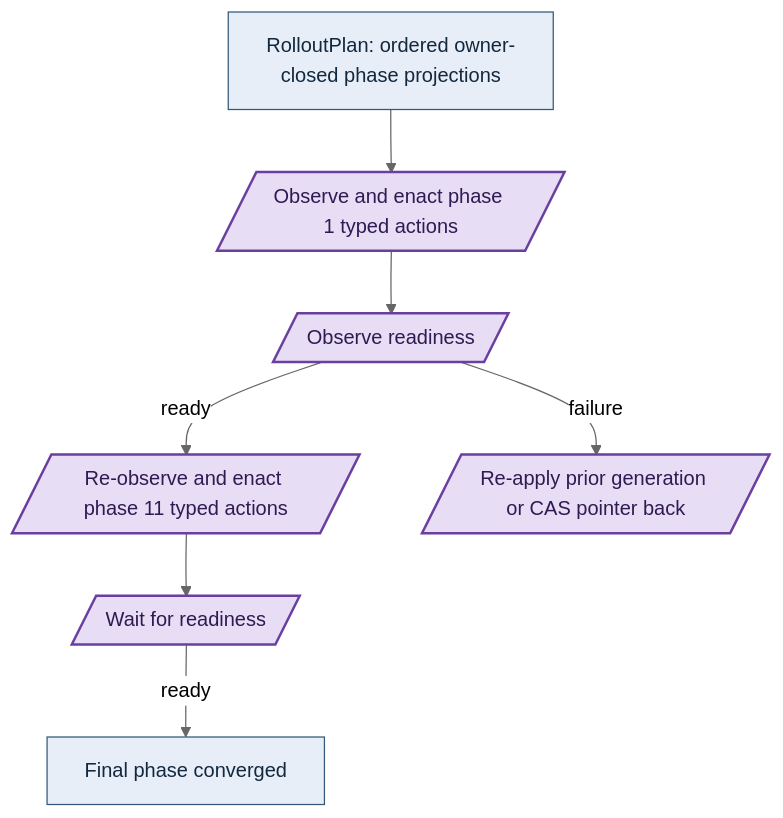
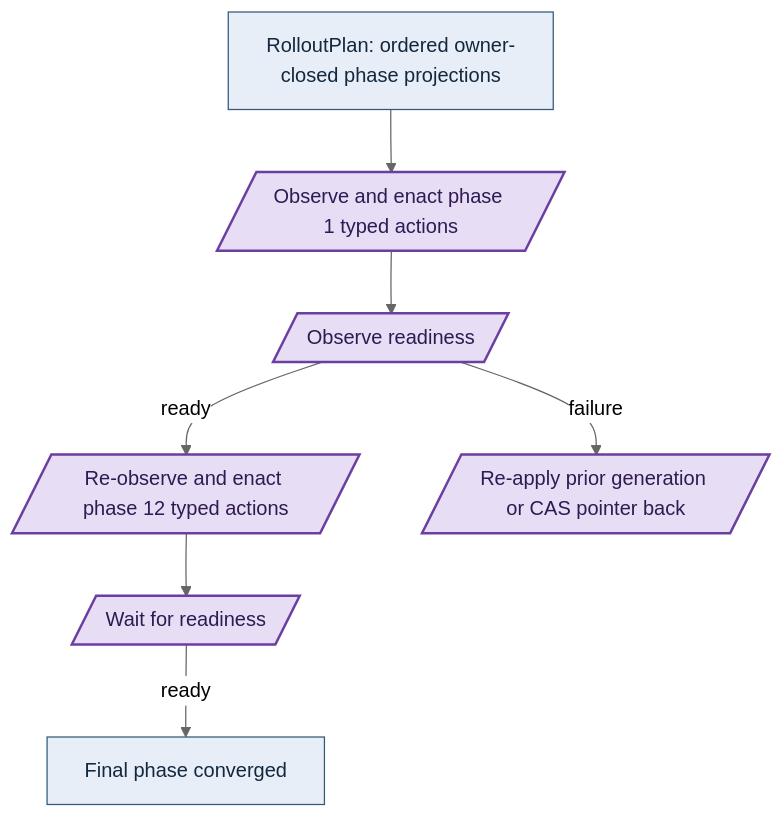
One commit to Tuee22/amoebius changed the third of 5 diagrams in documents/engineering/manifest_generation_doctrine.md. Above: the diagram before and after it, drawn with Mermaid (neutral theme). The commit also changed other lines of this file and 581 other files, not shown here.

````diff
--- a/documents/engineering/manifest_generation_doctrine.md
+++ b/documents/engineering/manifest_generation_doctrine.md
@@ -611,12 +611,12 @@
 ```mermaid
 flowchart TD
 %% register: algebra
   plan[RolloutPlan: ordered owner-closed phase projections]:::intent --> p1[/"Observe and enact phase 1 typed actions"/]:::effect
   p1 --> g1[/"Observe readiness"/]:::effect
-  g1 -->|ready| p2[/"Re-observe and enact phase 11 typed actions"/]:::effect
+  g1 -->|ready| p2[/"Re-observe and enact phase 12 typed actions"/]:::effect
   p2 --> g2[/"Wait for readiness"/]:::effect
   g2 -->|ready| pn[Final phase converged]:::intent
   g1 -->|failure| rb[/"Re-apply prior generation or CAS pointer back"/]:::effect
   classDef intent   fill:#e8eef7,stroke:#33587a,color:#12283f,stroke-width:1px
   classDef effect   fill:#e7ddf5,stroke:#6b3fa0,color:#2f1a52,stroke-width:2px
 ```
````
